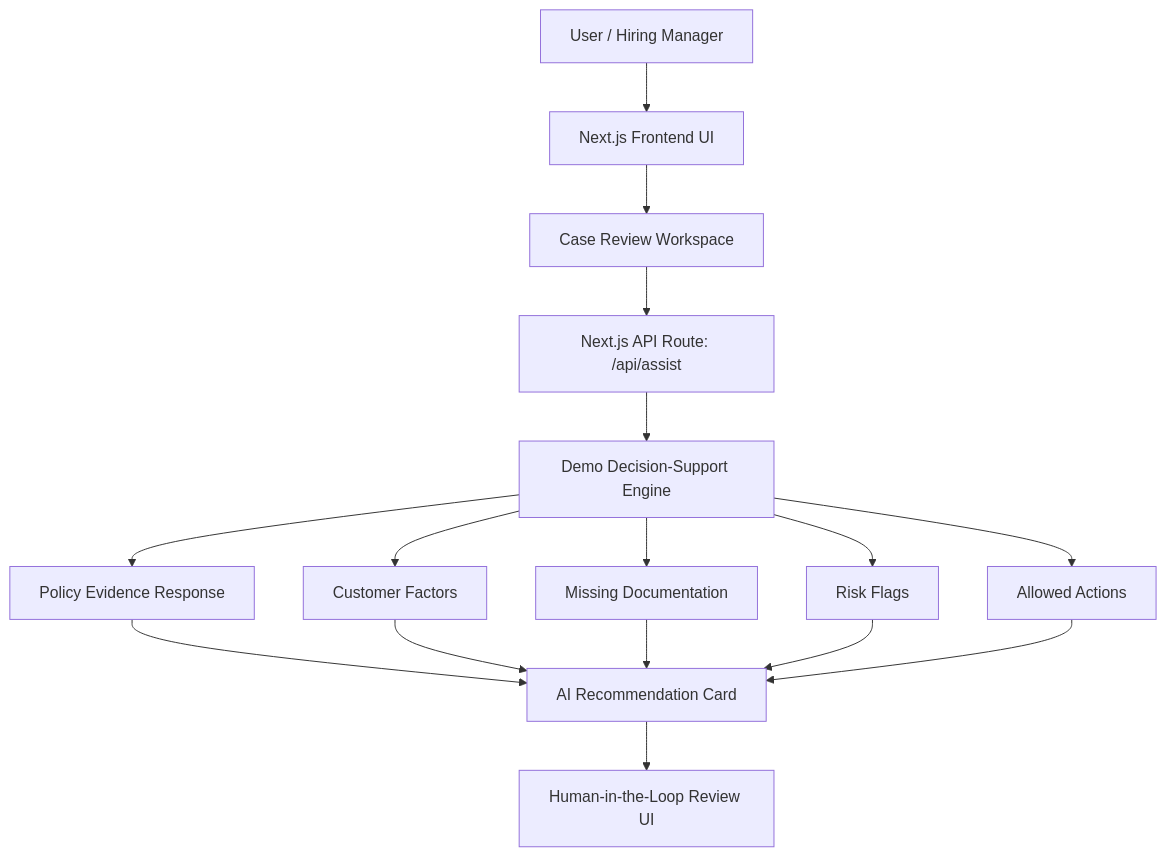
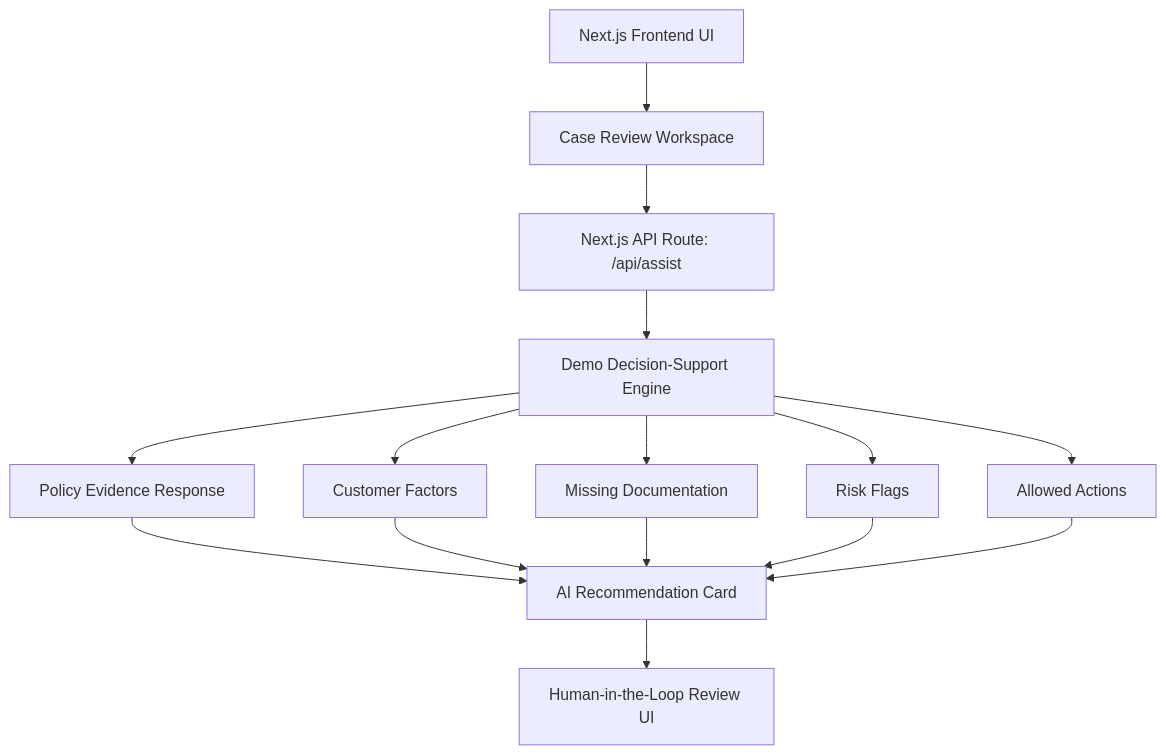
The first of 3 diagrams in README.md (llmaideveloper/assistiq-banking-copilot), drawn with Mermaid before and after one commit. The commit also changed other lines of this file, not shown here.

Commit message:
Refine README architecture documentation

````diff
--- a/README.md
+++ b/README.md
@@ -30,18 +32,17 @@
 ```mermaid
 flowchart TD
-    A[User / Hiring Manager] --> B[Next.js Frontend UI]
-    B --> C[Case Review Workspace]
-    C --> D[Next.js API Route: /api/assist]
-    D --> E[Demo Decision-Support Engine]
-    E --> F[Policy Evidence Response]
-    E --> G[Customer Factors]
-    E --> H[Missing Documentation]
-    E --> I[Risk Flags]
-    E --> J[Allowed Actions]
-    F --> K[AI Recommendation Card]
-    G --> K
-    H --> K
-    I --> K
-    J --> K
-    K --> L[Human-in-the-Loop Review UI]
+    A[Next.js Frontend UI] --> B[Case Review Workspace]
+    B --> C[Next.js API Route: /api/assist]
+    C --> D[Demo Decision-Support Engine]
+    D --> E[Policy Evidence Response]
+    D --> F[Customer Factors]
+    D --> G[Missing Documentation]
+    D --> H[Risk Flags]
+    D --> I[Allowed Actions]
+    E --> J[AI Recommendation Card]
+    F --> J
+    G --> J
+    H --> J
+    I --> J
+    J --> K[Human-in-the-Loop Review UI]
 ```
````
